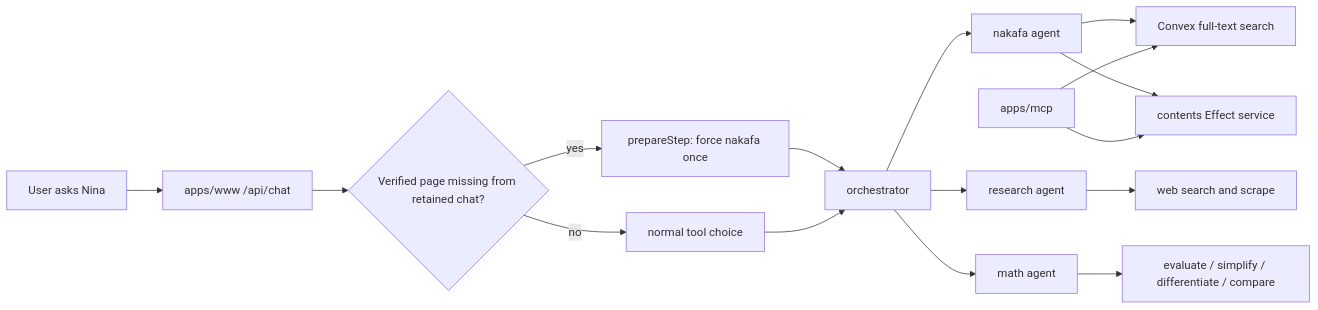
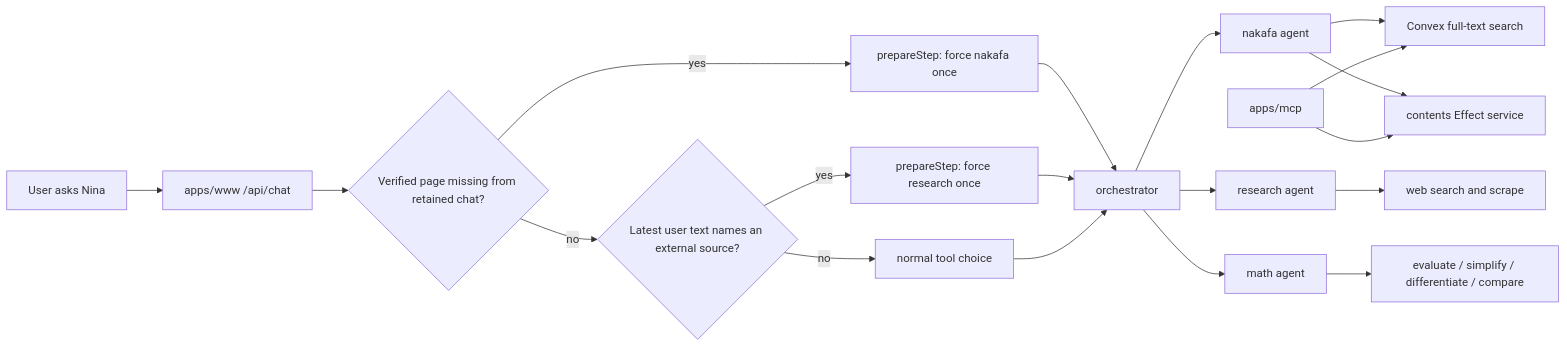
The first of 2 diagrams in packages/ai/agents/docs/architecture.md (nakafaai/nakafa.com), drawn with Mermaid before and after one commit. The commit also changed other lines of this file and 41 other files, not shown here.

First line of the commit message:
Introduce architecture skill and source tooling

````diff
--- a/packages/ai/agents/docs/architecture.md
+++ b/packages/ai/agents/docs/architecture.md
@@ -9,18 +9,21 @@
 ```mermaid
 flowchart LR
   User["User asks Nina"] --> Route["apps/www /api/chat"]
   Route --> Check{"Verified page missing from retained chat?"}
   Check -- "yes" --> Forced["prepareStep: force nakafa once"]
-  Check -- "no" --> Normal["normal tool choice"]
+  Check -- "no" --> Source{"Latest user text names an external source?"}
+  Source -- "yes" --> ResearchForced["prepareStep: force research once"]
+  Source -- "no" --> Normal["normal tool choice"]
   Forced --> Orchestrator["orchestrator"]
+  ResearchForced --> Orchestrator
   Normal --> Orchestrator
   Orchestrator --> Nakafa["nakafa agent"]
   Orchestrator --> Research["research agent"]
   Orchestrator --> Math["math agent"]
   Nakafa --> Search["Convex full-text search"]
   Nakafa --> Content["contents Effect service"]
   Mcp["apps/mcp"] --> Search
   Mcp --> Content
   Research --> Web["web search and scrape"]
   Math --> Evidence["evaluate / simplify / differentiate / compare"]
 ```
````
